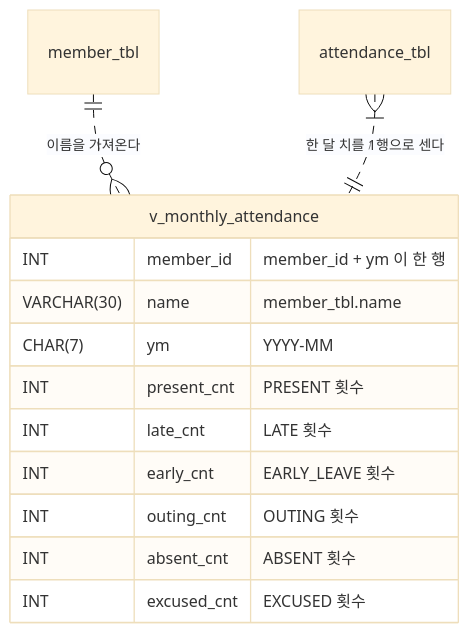
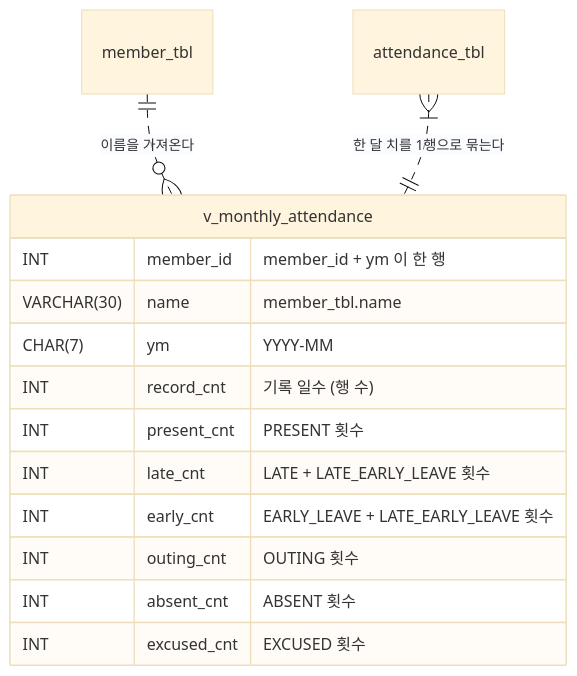
The third of 3 diagrams in docs/erd.md (20260921-saltlux-llm-agent-service-2nd/3WHY_java-latecatcher), drawn with Mermaid (base theme) before and after one commit. The commit also changed other lines of this file and 1 other file, not shown here.

````diff
--- a/docs/erd.md
+++ b/docs/erd.md
@@ -284,17 +286,18 @@
 ```mermaid
 erDiagram
     member_tbl     ||..o{ v_monthly_attendance : "이름을 가져온다"
-    attendance_tbl }|..|| v_monthly_attendance : "한 달 치를 1행으로 센다"
+    attendance_tbl }|..|| v_monthly_attendance : "한 달 치를 1행으로 묶는다"
 
     v_monthly_attendance {
         INT         member_id   "member_id + ym 이 한 행"
         VARCHAR(30) name        "member_tbl.name"
         CHAR(7)     ym          "YYYY-MM"
+        INT         record_cnt  "기록 일수 (행 수)"
         INT         present_cnt "PRESENT 횟수"
-        INT         late_cnt    "LATE 횟수"
-        INT         early_cnt   "EARLY_LEAVE 횟수"
+        INT         late_cnt    "LATE + LATE_EARLY_LEAVE 횟수"
+        INT         early_cnt   "EARLY_LEAVE + LATE_EARLY_LEAVE 횟수"
         INT         outing_cnt  "OUTING 횟수"
         INT         absent_cnt  "ABSENT 횟수"
         INT         excused_cnt "EXCUSED 횟수"
     }
 ```
````
